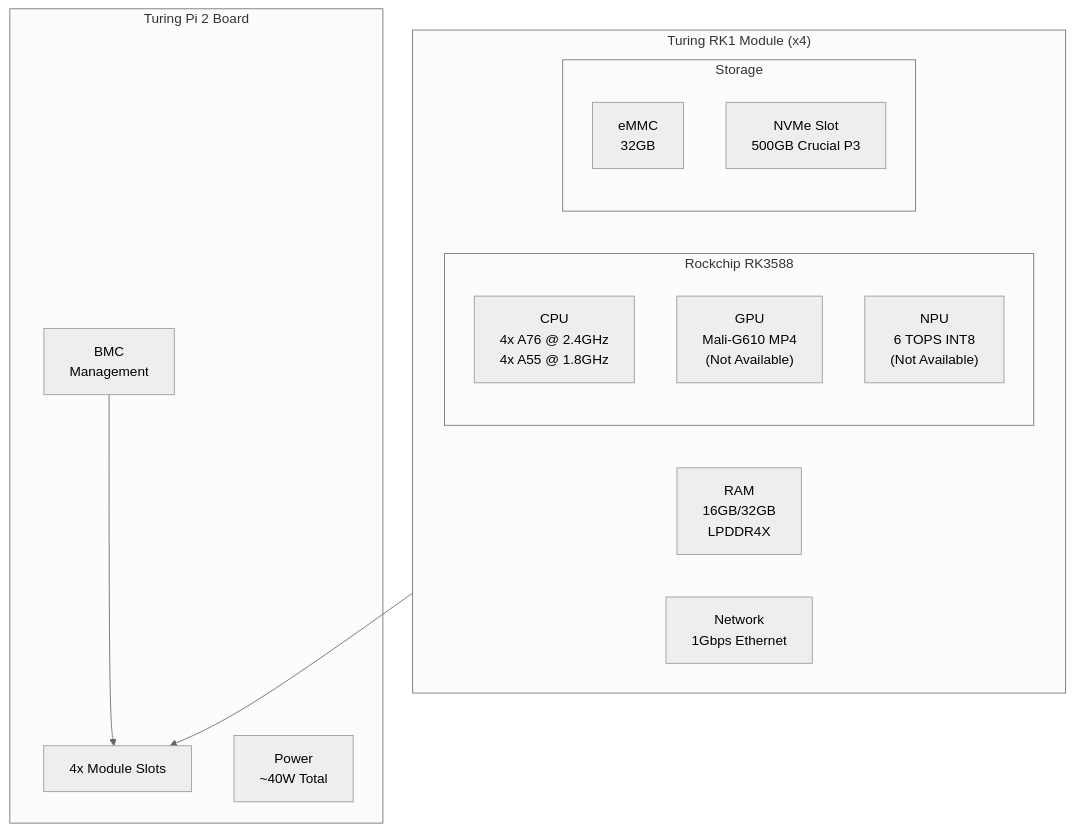
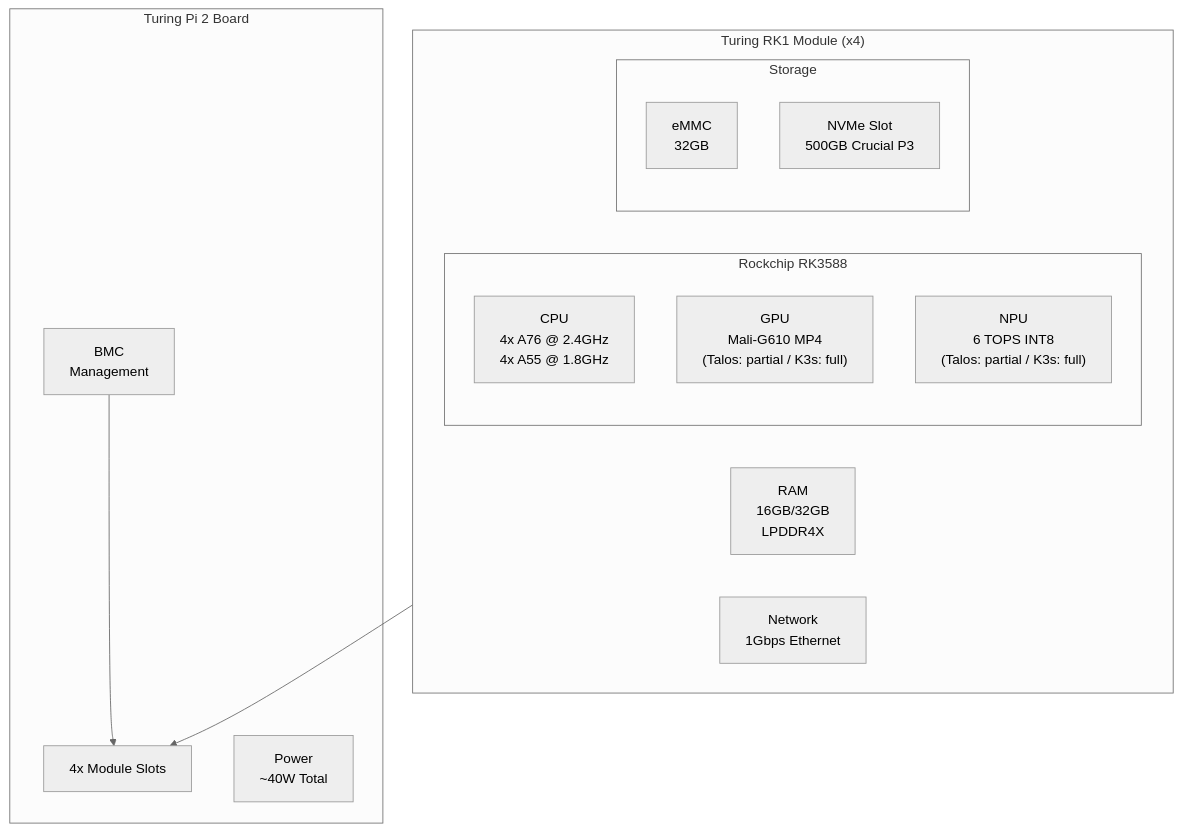
One commit to freed-dev-llc/turing-rk1-cluster changed the seventh of 9 diagrams in docs/ARCHITECTURE.md. Above: the diagram before and after it, drawn with Mermaid. The commit also changed 6 other files, not shown here.

````diff
--- a/docs/ARCHITECTURE.md
+++ b/docs/ARCHITECTURE.md
@@ -288,29 +288,29 @@
 ```mermaid
 %%{init: {'theme': 'neutral'}}%%
 flowchart TB
     subgraph RK1["Turing RK1 Module (x4)"]
         subgraph SoC["Rockchip RK3588"]
             CPU["CPU<br/>4x A76 @ 2.4GHz<br/>4x A55 @ 1.8GHz"]
-            GPU["GPU<br/>Mali-G610 MP4<br/>(Not Available)"]
-            NPU["NPU<br/>6 TOPS INT8<br/>(Not Available)"]
+            GPU["GPU<br/>Mali-G610 MP4<br/>(Talos: partial / K3s: full)"]
+            NPU["NPU<br/>6 TOPS INT8<br/>(Talos: partial / K3s: full)"]
         end
 
         RAM["RAM<br/>16GB/32GB<br/>LPDDR4X"]
 
         subgraph Storage["Storage"]
             eMMC["eMMC<br/>32GB"]
             NVMe["NVMe Slot<br/>500GB Crucial P3"]
         end
 
         NIC["Network<br/>1Gbps Ethernet"]
     end
 
     subgraph TuringPi2["Turing Pi 2 Board"]
         BMC2["BMC<br/>Management"]
         Slots["4x Module Slots"]
         PSU["Power<br/>~40W Total"]
     end
 
     RK1 --> Slots
     BMC2 --> Slots
 ```
````
